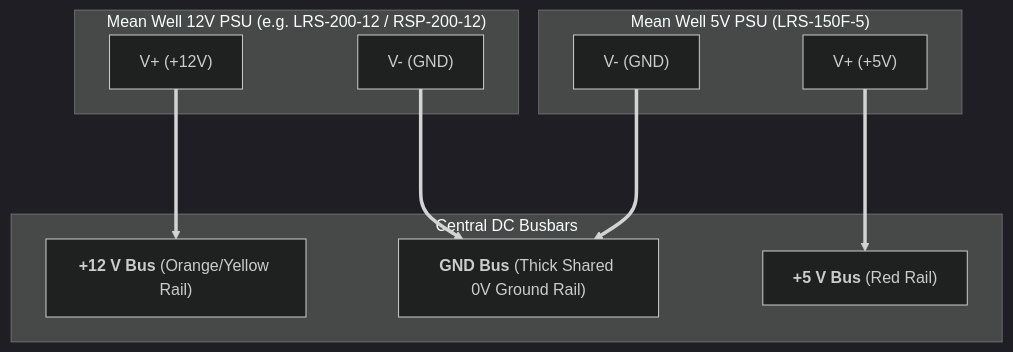
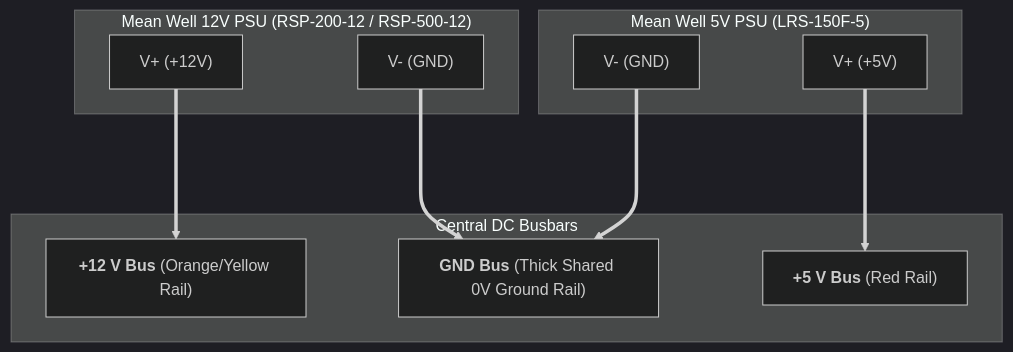
One commit to Lukas0923xcv/JBOD changed the first of 2 diagrams in docs/original_calculation_sheet.md. Above: the diagram before and after it, drawn with Mermaid (dark theme). The commit also changed other lines of this file and 3 other files, not shown here.

````diff
--- a/docs/original_calculation_sheet.md
+++ b/docs/original_calculation_sheet.md
@@ -47,24 +46,24 @@
 ```mermaid
 flowchart TD
-    subgraph PSU_12V ["Mean Well 12V PSU (e.g. LRS-200-12 / RSP-200-12)"]
+    subgraph PSU_12V ["Mean Well 12V PSU (RSP-200-12 / RSP-500-12)"]
         PSU12_Vpos["V+ (+12V)"]
         PSU12_Vneg["V- (GND)"]
     end
 
     subgraph PSU_5V ["Mean Well 5V PSU (LRS-150F-5)"]
         PSU5_Vpos["V+ (+5V)"]
         PSU5_Vneg["V- (GND)"]
     end
 
     subgraph Busbars ["Central DC Busbars"]
         Bus_12V["<b>+12 V Bus</b> (Orange/Yellow Rail)"]
         Bus_GND["<b>GND Bus</b> (Thick Shared 0V Ground Rail)"]
         Bus_5V["<b>+5 V Bus</b> (Red Rail)"]
     end
 
     PSU12_Vpos ===> Bus_12V
     PSU12_Vneg ===> Bus_GND
 
     PSU5_Vneg ===> Bus_GND
     PSU5_Vpos ===> Bus_5V
 ```
````
